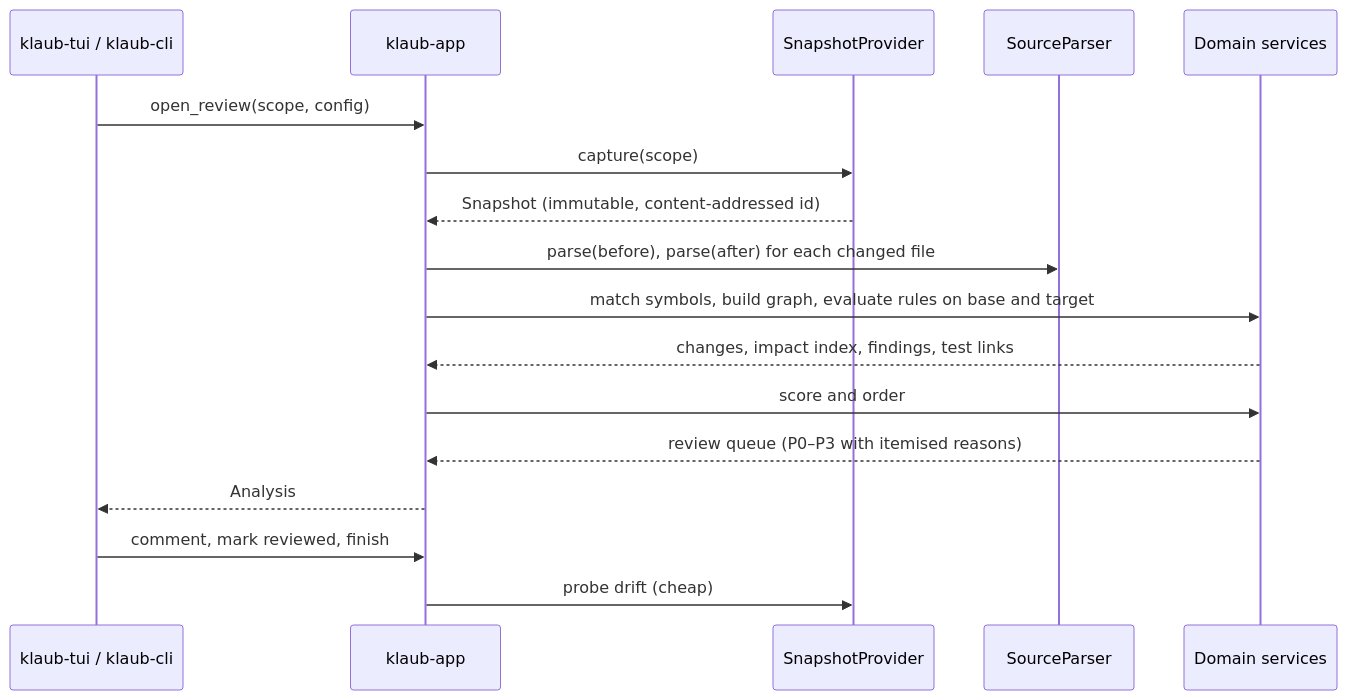
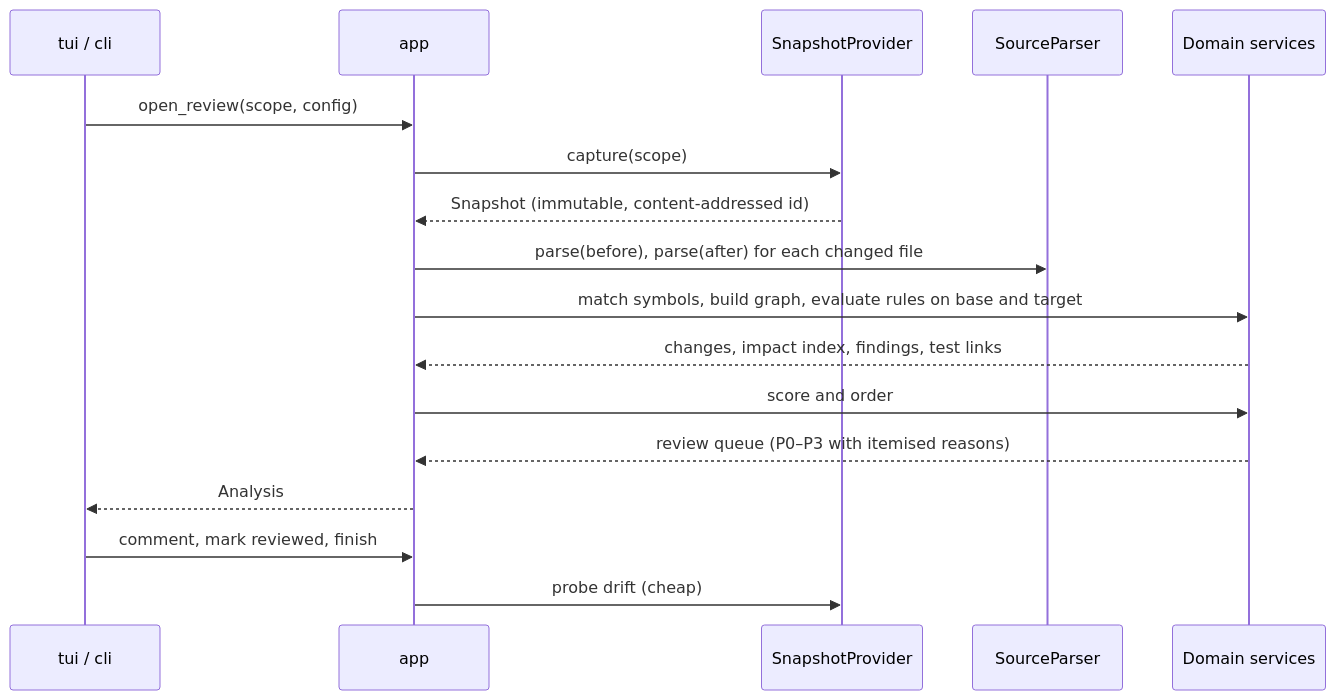
One commit to myrk-kale/klaub changed the second of 2 diagrams in docs/architecture.md. Above: the diagram before and after it, drawn with Mermaid. The commit also changed other lines of this file and 291 other files, not shown here.

````diff
--- a/docs/architecture.md
+++ b/docs/architecture.md
@@ -106,20 +109,20 @@
 ```mermaid
 sequenceDiagram
-    participant UI as klaub-tui / klaub-cli
-    participant App as klaub-app
+    participant UI as tui / cli
+    participant App as app
     participant Git as SnapshotProvider
     participant Parse as SourceParser
     participant Dom as Domain services
 
     UI->>App: open_review(scope, config)
     App->>Git: capture(scope)
     Git-->>App: Snapshot (immutable, content-addressed id)
     App->>Parse: parse(before), parse(after) for each changed file
     App->>Dom: match symbols, build graph, evaluate rules on base and target
     Dom-->>App: changes, impact index, findings, test links
     App->>Dom: score and order
     Dom-->>App: review queue (P0–P3 with itemised reasons)
     App-->>UI: Analysis
     UI->>App: comment, mark reviewed, finish
     App->>Git: probe drift (cheap)
 ```
````
